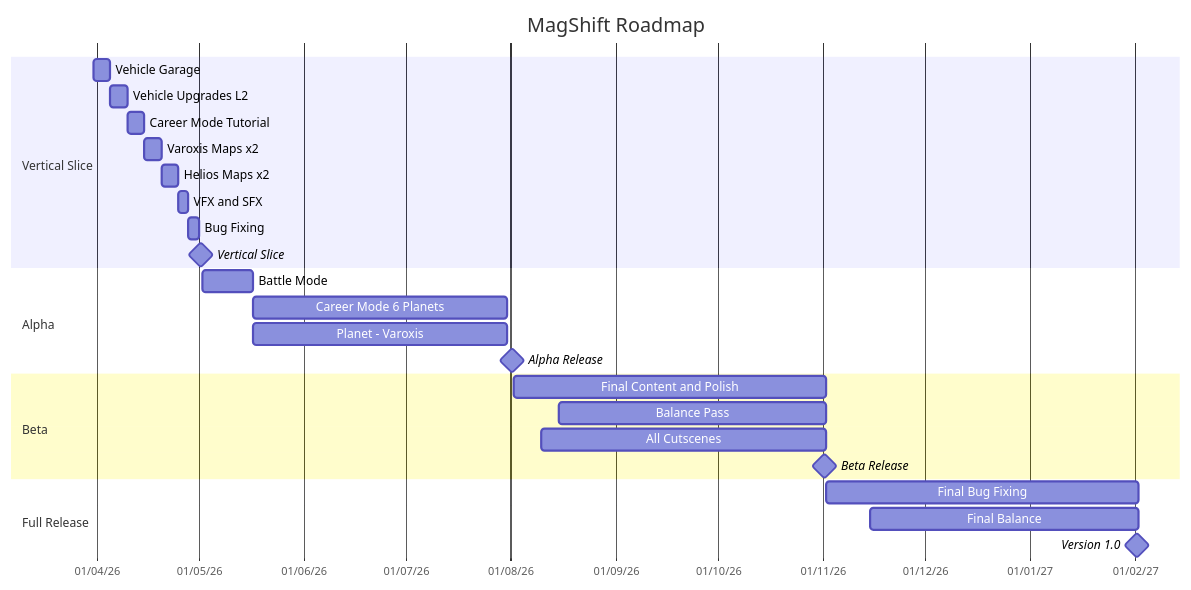
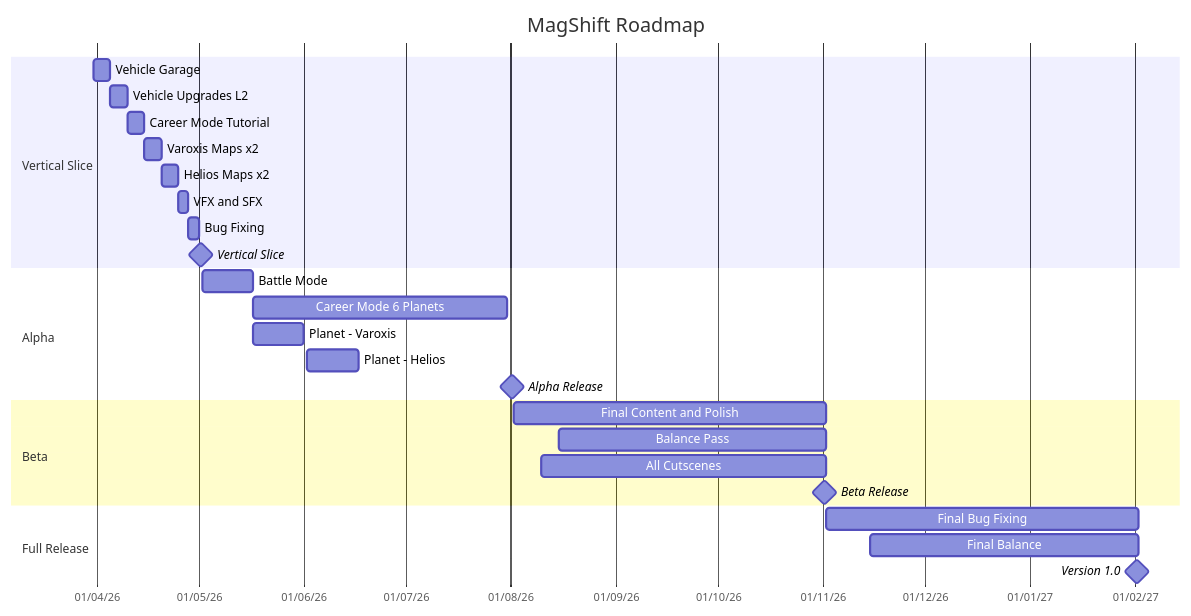
One commit to MisahSnow/MagShift-Obsidian changed the diagram in Goals Gantt.md. Above: the diagram before and after it, drawn with Mermaid. The commit also changed other lines of this file and 1 other file, not shown here.

````diff
--- a/Goals Gantt.md
+++ b/Goals Gantt.md
@@ -3,34 +3,35 @@
 ```mermaid
 gantt
     title MagShift Roadmap
     dateFormat YYYY-MM-DD
     axisFormat %d/%m/%y
 
     section Vertical Slice
 
     Vehicle Garage :a2, 2026-03-31, 5d
     Vehicle Upgrades L2 :a3, 2026-04-05, 5d
     Career Mode Tutorial :a1, 2026-04-10, 5d
     Varoxis Maps x2 :a4, 2026-04-15, 5d
     Helios Maps x2 :a5, 2026-04-20, 5d
     VFX and SFX :a6, 2026-04-25, 3d
     Bug Fixing :a7, 2026-04-28,  3d
     Vertical Slice :milestone, m1, 2026-05-1, 1d
 
     section Alpha
     Battle Mode :b2, 2026-05-02, 15d
     Career Mode 6 Planets :b1, 2026-05-17, 75d
-	Planet - Varoxis :b1, 2026-05-17, 75d
+	Planet - Varoxis :b1, 2026-05-17, 15d
+	Planet - Helios :b1, 2026-06-02, 15d
     Alpha Release :milestone, m2, 2026-08-01, 1d
 
     section Beta
     Final Content and Polish :c1, 2026-08-02, 92d
     Balance Pass :c2, 2026-08-15, 79d
     All Cutscenes :c3, 2026-08-10, 84d
     Beta Release :milestone, m3, 2026-11-01, 1d
 
     section Full Release
     Final Bug Fixing :d1, 2026-11-02, 92d
     Final Balance :d2, 2026-11-15, 79d
     Version 1.0 :milestone, m4, 2027-02-01, 1d
 ```
````
